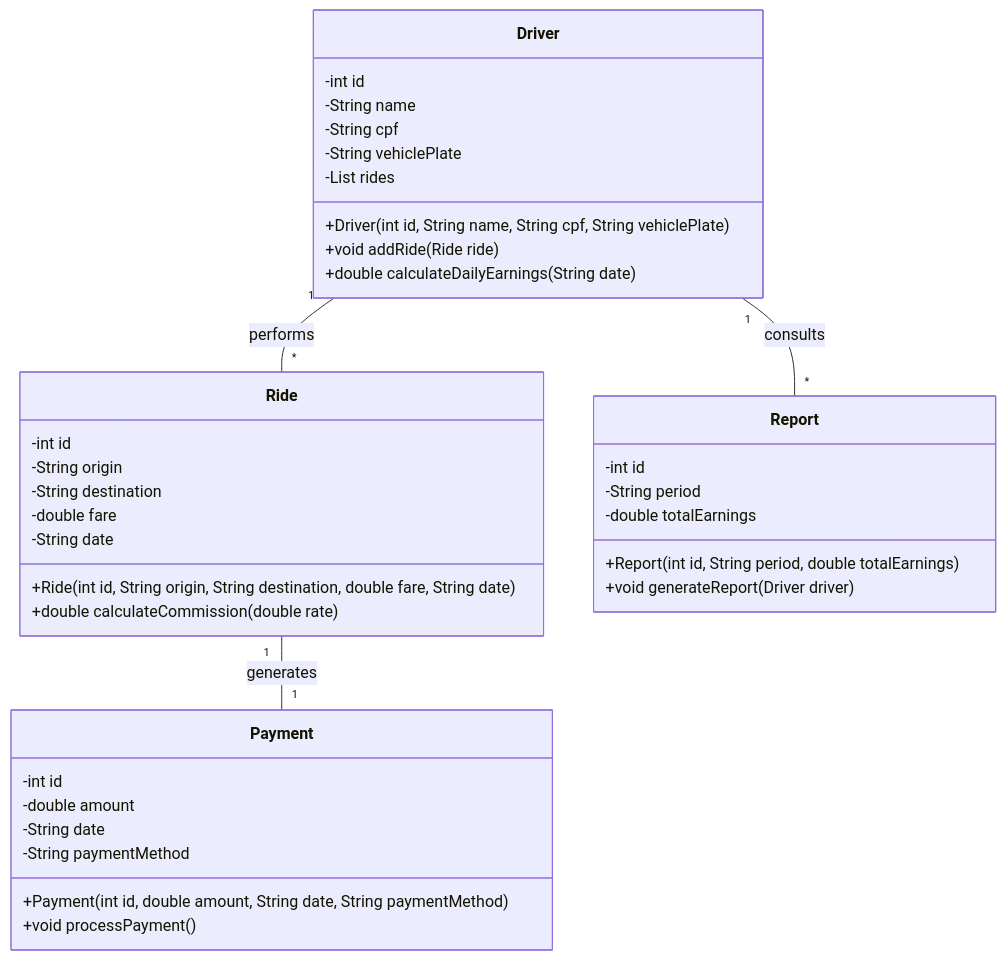
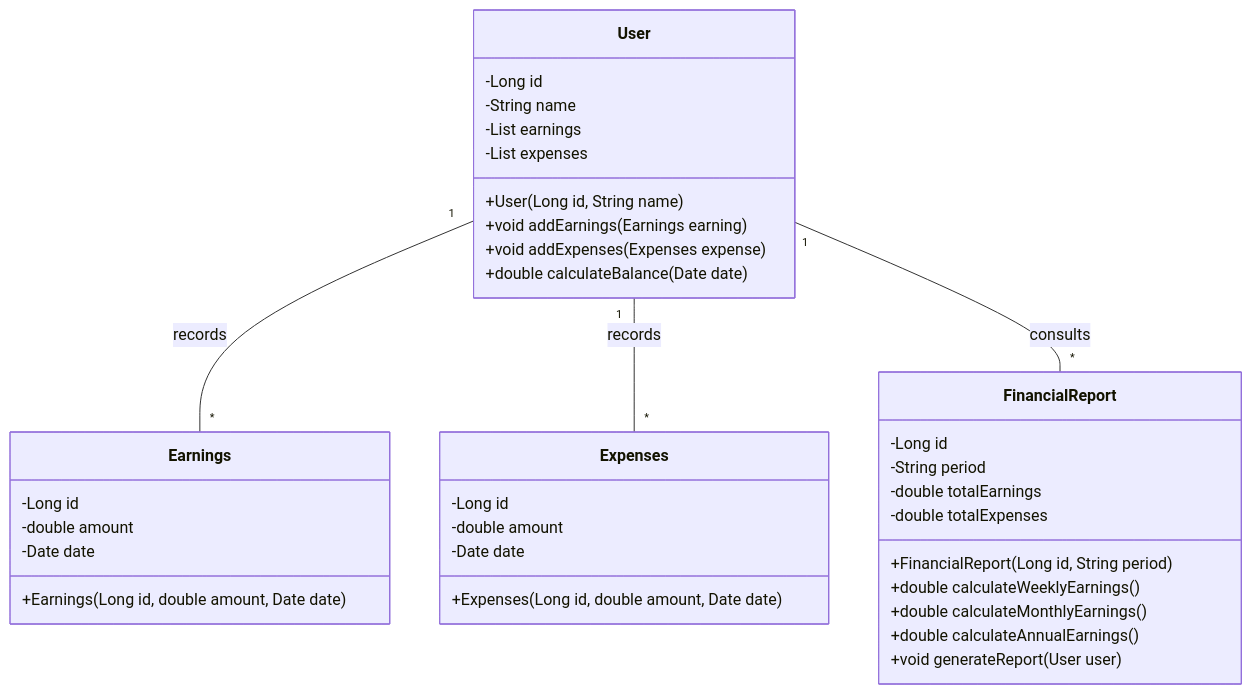
One commit to jacksontecn/EarningsDriving changed the diagram in earningsDrive.mmd. Above: the diagram before and after it, drawn with Mermaid. The commit also changed 4 other files, not shown here.

```diff
--- a/earningsDrive.mmd
+++ b/earningsDrive.mmd
@@ -1,42 +1,41 @@
 classDiagram
-    class Driver {
-        -int id
+    class User {
+        -Long id
         -String name
-        -String cpf
-        -String vehiclePlate
-        -List<Ride> rides
-        +Driver(int id, String name, String cpf, String vehiclePlate)
-        +void addRide(Ride ride)
-        +double calculateDailyEarnings(String date)
+        -List<Earnings> earnings
+        -List<Expenses> expenses
+        +User(Long id, String name)
+        +void addEarnings(Earnings earning)
+        +void addExpenses(Expenses expense)
+        +double calculateBalance(Date date)
     }
-
-    class Ride {
-        -int id
-        -String origin
-        -String destination
-        -double fare
-        -String date
-        +Ride(int id, String origin, String destination, double fare, String date)
-        +double calculateCommission(double rate)
+    
+    class Earnings {
+        -Long id
+        -double amount
+        -Date date
+        +Earnings(Long id, double amount, Date date)
     }
-
-    class Payment {
-        -int id
+    
+    class Expenses {
+        -Long id
         -double amount
-        -String date
-        -String paymentMethod
-        +Payment(int id, double amount, String date, String paymentMethod)
-        +void processPayment()
+        -Date date
+        +Expenses(Long id, double amount, Date date)
     }
-
-    class Report {
-        -int id
+    
+    class FinancialReport {
+        -Long id
         -String period
         -double totalEarnings
-        +Report(int id, String period, double totalEarnings)
-        +void generateReport(Driver driver)
+        -double totalExpenses
+        +FinancialReport(Long id, String period)
+        +double calculateWeeklyEarnings()
+        +double calculateMonthlyEarnings()
+        +double calculateAnnualEarnings()
+        +void generateReport(User user)
     }
-
-    Driver "1" -- "*" Ride : performs
-    Ride "1" -- "1" Payment : generates
-    Driver "1" -- "*" Report : consults
+    
+    User "1" -- "*" Earnings : records
+    User "1" -- "*" Expenses : records
+    User "1" -- "*" FinancialReport : consults
```
